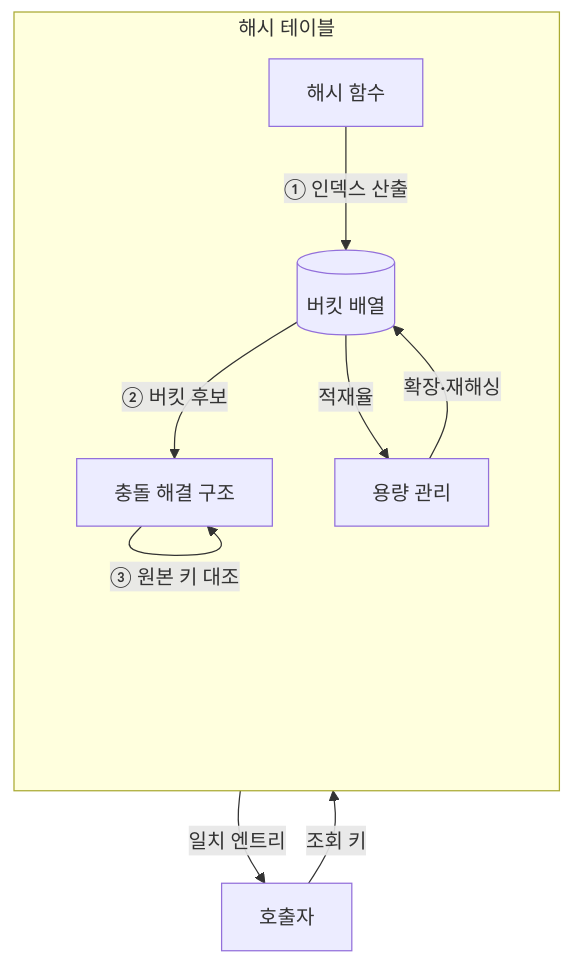
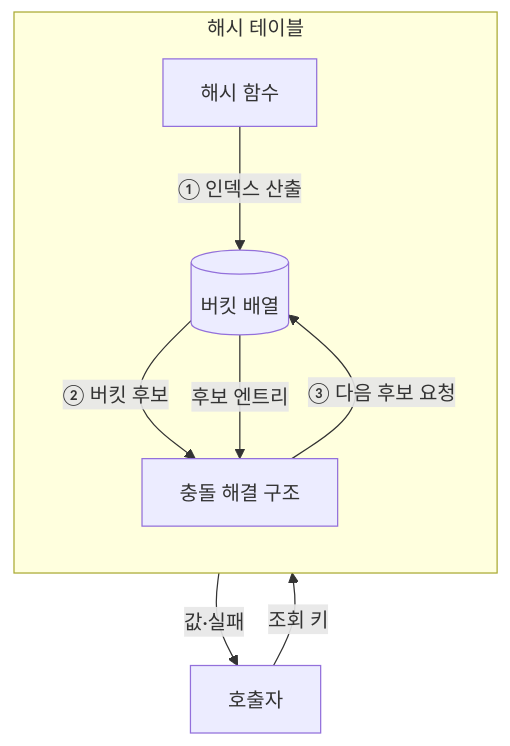
The first of 2 diagrams in src/content/docs/notes/01-basic-theory/005_hash_table.md (agnusdei1207/knowledge-base), drawn with Mermaid before and after one commit. The commit also changed other lines of this file and 6 other files, not shown here.

````diff
--- a/src/content/docs/notes/01-basic-theory/005_hash_table.md
+++ b/src/content/docs/notes/01-basic-theory/005_hash_table.md
@@ -60,18 +60,16 @@
 ```mermaid
 flowchart TB
     Q[호출자]
-    subgraph HT["해시 테이블"]
+    subgraph HT[해시 테이블]
         direction TB
         H[해시 함수]
         B[(버킷 배열)]
         C[충돌 해결 구조]
-        R[용량 관리]
         H -->|① 인덱스 산출| B
         B -->|② 버킷 후보| C
-        C -->|③ 원본 키 대조| C
-        B -->|적재율| R
-        R -->|확장·재해싱| B
+        C -->|③ 다음 후보 요청| B
+        B -->|후보 엔트리| C
     end
     Q -->|조회 키| H
-    C -->|일치 엔트리| Q
+    C -->|값·실패| Q
 ```
````
